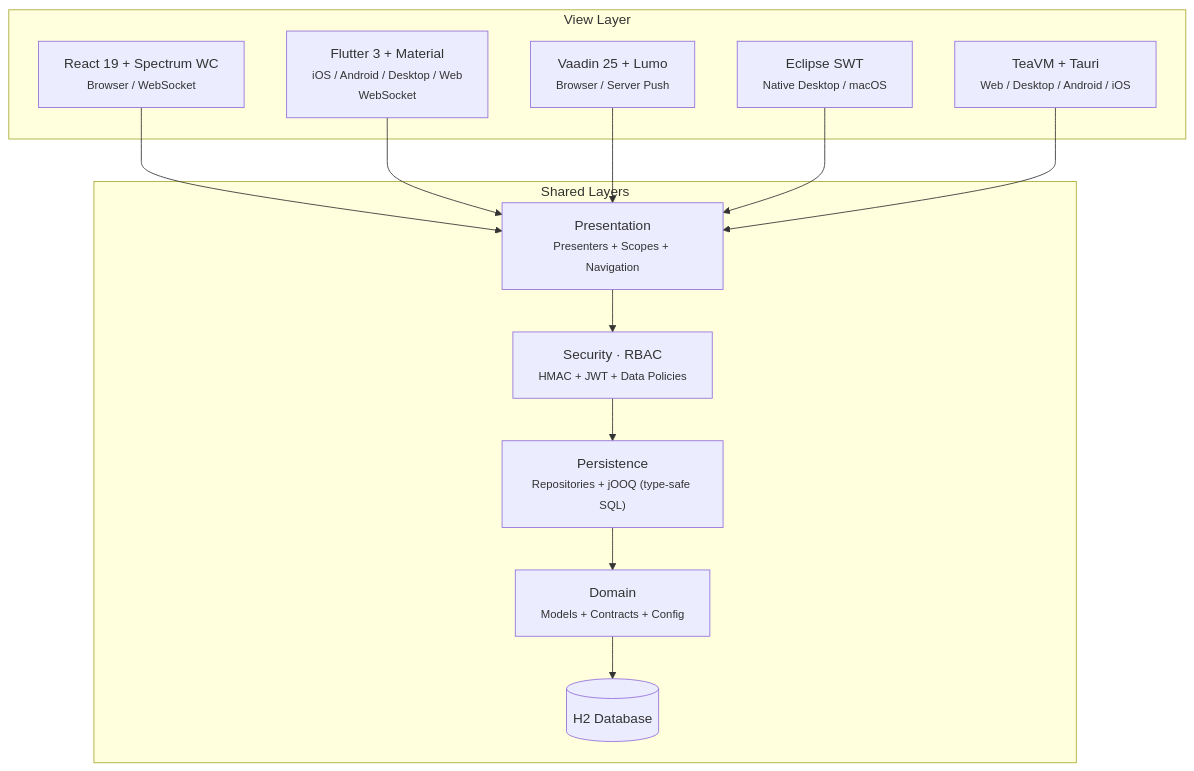
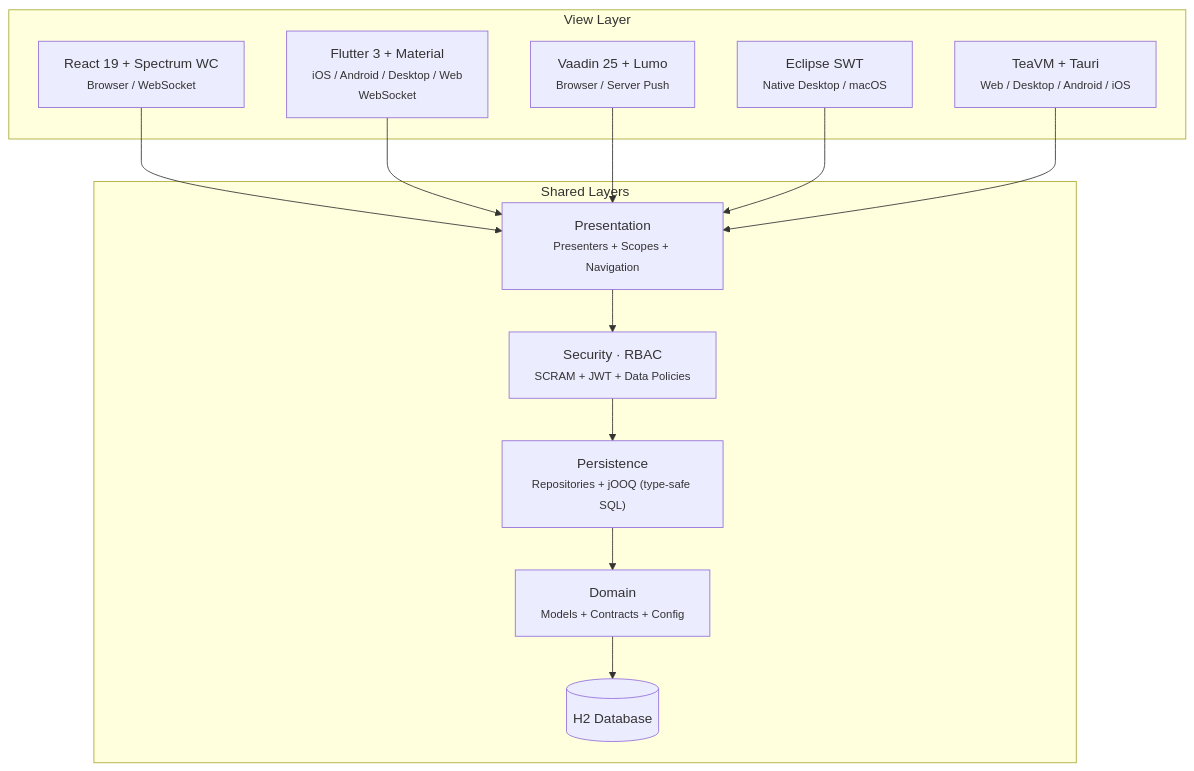
Before and after one commit to mrcdom/wdc-cube-java-v2: the first of 3 diagrams in README.md, drawn with Mermaid. The commit also changed other lines of this file and 65 other files, not shown here.

````diff
--- a/README.md
+++ b/README.md
@@ -16,25 +16,25 @@
 ```mermaid
 graph TD
     subgraph Views["View Layer"]
         R["React 19 + Spectrum WC<br/><small>Browser / WebSocket</small>"]
         FL["Flutter 3 + Material<br/><small>iOS / Android / Desktop / Web<br/>WebSocket</small>"]
         V["Vaadin 25 + Lumo<br/><small>Browser / Server Push</small>"]
         SW["Eclipse SWT<br/><small>Native Desktop / macOS</small>"]
         TVM["TeaVM + Tauri<br/><small>Web / Desktop / Android / iOS</small>"]
     end
 
     subgraph Core["Shared Layers"]
         P["Presentation<br/><small>Presenters + Scopes + Navigation</small>"]
-        SEC["Security · RBAC<br/><small>HMAC + JWT + Data Policies</small>"]
+        SEC["Security · RBAC<br/><small>SCRAM + JWT + Data Policies</small>"]
         PER["Persistence<br/><small>Repositories + jOOQ (type-safe SQL)</small>"]
         DOM["Domain<br/><small>Models + Contracts + Config</small>"]
         DB[("H2 Database")]
     end
 
     R --> P
     FL --> P
     V --> P
     SW --> P
     TVM --> P
     P --> SEC --> PER --> DOM --> DB
 ```
````
